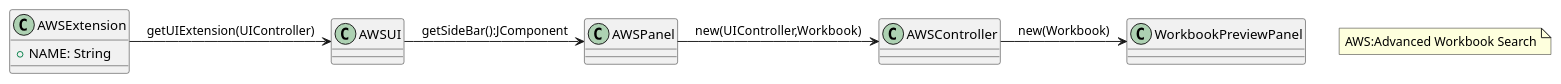
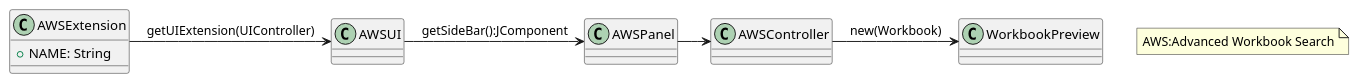
One commit to RubenTeixeira/cleansheets_isep_2dg_2016 changed the diagram in src/main/java/csheets/worklog/n1130383/sprint3/ipc02.2_Analysis.puml. Above: the diagram before and after it, drawn with PlantUML. The commit also changed 5 other files, not shown here.

```diff
--- a/src/main/java/csheets/worklog/n1130383/sprint3/ipc02.2_Analysis.puml
+++ b/src/main/java/csheets/worklog/n1130383/sprint3/ipc02.2_Analysis.puml
@@ -1,25 +1,25 @@
   @startuml doc-files/ipc02.2_analysis.png
 
   class AWSExtension {
 	+NAME: String
    }
 
 
   class AWSUI {
 
   }
 
   class AWSPanel
 
   class AWSController
 
-  class WorkbookPreviewPanel
+  class WorkbookPreview
 
 note "AWS:Advanced Workbook Search" as N1
 
   AWSExtension -> AWSUI : getUIExtension(UIController)
   AWSUI -> AWSPanel : getSideBar():JComponent
-  AWSPanel-> AWSController: new(UIController,Workbook)
-  AWSController->WorkbookPreviewPanel: new(Workbook)
+  AWSPanel-> AWSController
+  AWSController->WorkbookPreview: new(Workbook)
 
   @enduml
```
